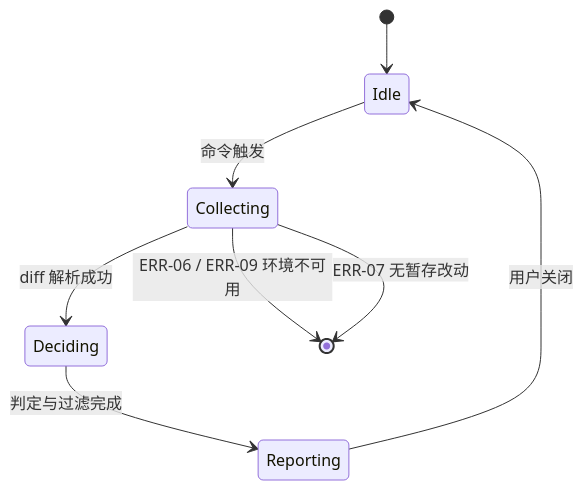
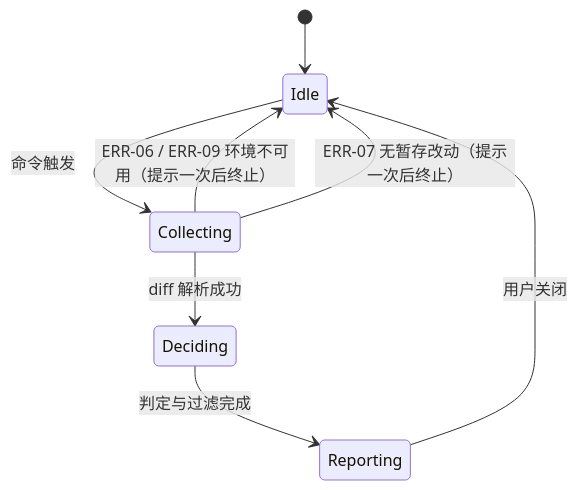
One commit to aifuun/sonecheck changed the diagram in docs/versions/v0.1.0-local-mvp/400-build.md. Above: the diagram before and after it, drawn with Mermaid. The commit also changed other lines of this file and 1 other file, not shown here.

````diff
--- a/docs/versions/v0.1.0-local-mvp/400-build.md
+++ b/docs/versions/v0.1.0-local-mvp/400-build.md
@@ -342,10 +346,10 @@
 ```mermaid
 stateDiagram-v2
   [*] --> Idle
   Idle --> Collecting: 命令触发
   Collecting --> Deciding: diff 解析成功
-  Collecting --> [*]: ERR-06 / ERR-09 环境不可用
-  Collecting --> [*]: ERR-07 无暂存改动
+  Collecting --> Idle: ERR-06 / ERR-09 环境不可用（提示一次后终止）
+  Collecting --> Idle: ERR-07 无暂存改动（提示一次后终止）
   Deciding --> Reporting: 判定与过滤完成
   Reporting --> Idle: 用户关闭
 ```
````
